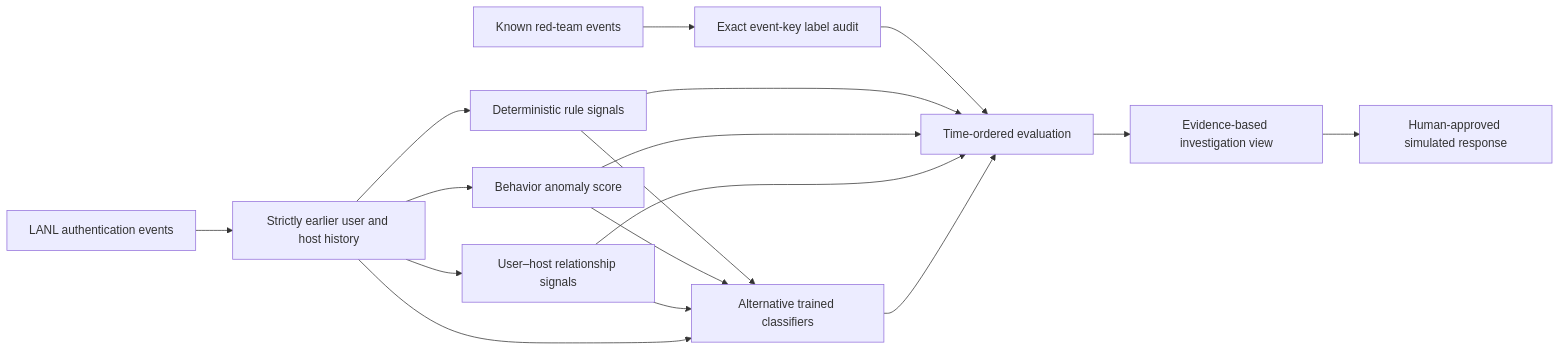
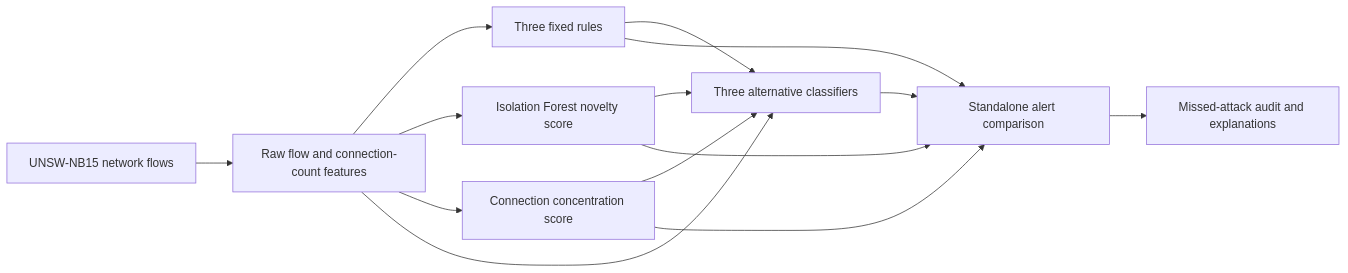
The diagram in docs/PROJECT_GUIDE.md (codewithdaniel1/Explainable-Cyber-Threat-Defense-Workbench), drawn with Mermaid before and after one commit. The commit also changed other lines of this file and 10 other files, not shown here.

````diff
--- a/docs/PROJECT_GUIDE.md
+++ b/docs/PROJECT_GUIDE.md
@@ -11,19 +11,16 @@
 ```mermaid
 flowchart LR
-    A[LANL authentication events] --> B[Strictly earlier user and host history]
-    R[Known red-team events] --> L[Exact event-key label audit]
-    B --> T1[Deterministic rule signals]
-    B --> T2[Behavior anomaly score]
-    B --> T3[User–host relationship signals]
-    T1 --> M[Alternative trained classifiers]
-    T2 --> M
-    T3 --> M
-    B --> M
-    L --> E[Time-ordered evaluation]
-    T1 --> E
-    T2 --> E
-    T3 --> E
+    A[UNSW-NB15 network flows] --> B[Raw flow and connection-count features]
+    B --> R[Three fixed rules]
+    B --> I[Isolation Forest novelty score]
+    B --> C[Connection concentration score]
+    B --> M[Three alternative classifiers]
+    R --> M
+    I --> M
+    C --> M
+    R --> E[Standalone alert comparison]
+    I --> E
+    C --> E
     M --> E
-    E --> I[Evidence-based investigation view]
-    I --> H[Human-approved simulated response]
+    E --> X[Missed-attack audit and explanations]
 ```
````
